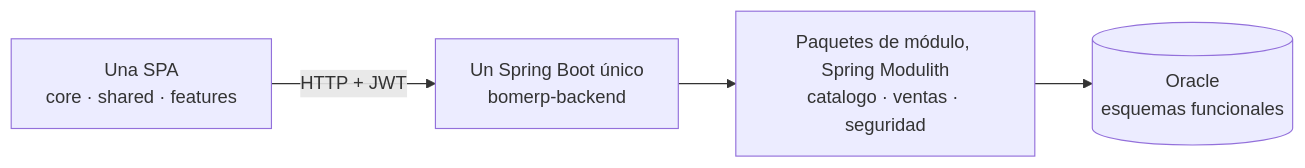
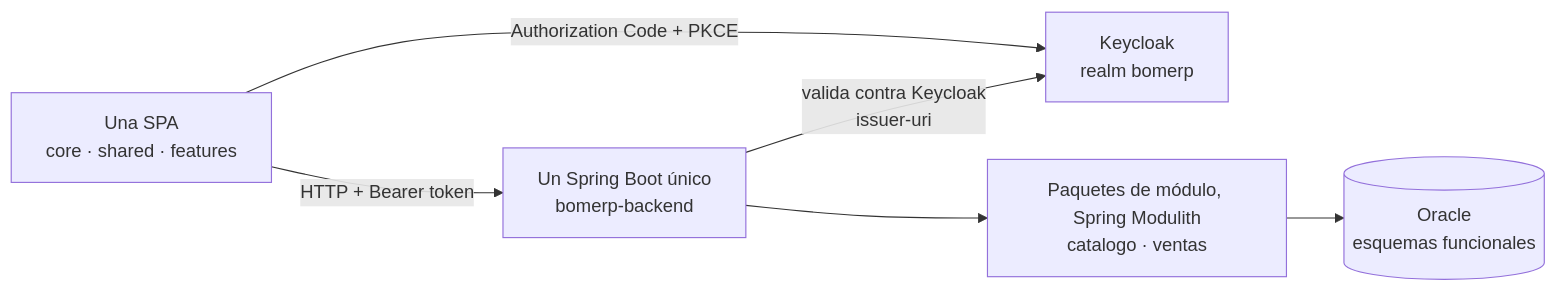
Before and after one commit to 262ciclo4/bomerp: the diagram in docs/proyecto-integrador/u2/lp2-demo.md, drawn with Mermaid. The commit also changed other lines of this file and 9 other files, not shown here.

````diff
--- a/docs/proyecto-integrador/u2/lp2-demo.md
+++ b/docs/proyecto-integrador/u2/lp2-demo.md
@@ -60,11 +75,14 @@
 ```mermaid
 flowchart LR
     SPA[Una SPA<br/>core · shared · features]
+    KC[Keycloak<br/>realm bomerp]
     API[Un Spring Boot único<br/>bomerp-backend]
-    MOD[Paquetes de módulo, Spring Modulith<br/>catalogo · ventas · seguridad]
+    MOD[Paquetes de módulo, Spring Modulith<br/>catalogo · ventas]
     DB[(Oracle<br/>esquemas funcionales)]
 
-    SPA -->|HTTP + JWT| API
+    SPA -->|Authorization Code + PKCE| KC
+    SPA -->|HTTP + Bearer token| API
+    API -->|valida contra Keycloak<br/>issuer-uri| KC
     API --> MOD
     MOD --> DB
 ```
````
